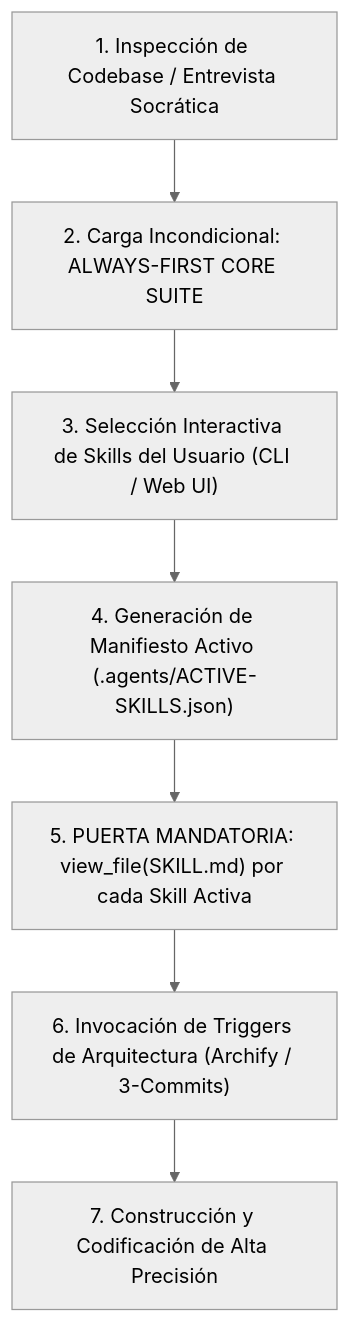
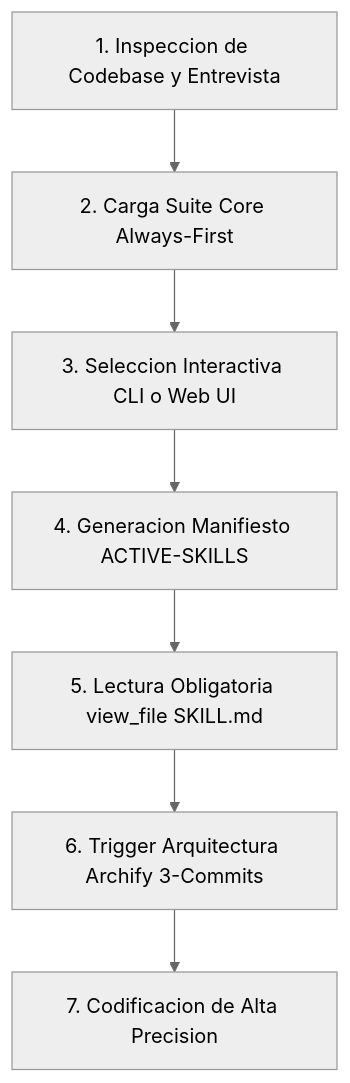
Before and after one commit to camilolealdev/superduperskills: the diagram in README.md, drawn with Mermaid (neutral theme).

Commit message:
fix: Simplify Mermaid diagram syntax for universal parser compatibility

````diff
--- a/README.md
+++ b/README.md
@@ -59,9 +59,9 @@
 ```mermaid
-flowchart TD
-    A["1. Inspección de Codebase / Entrevista Socrática"] --> B["2. Carga Incondicional: ALWAYS-FIRST CORE SUITE"]
-    B --> C["3. Selección Interactiva de Skills del Usuario (CLI / Web UI)"]
-    C --> D["4. Generación de Manifiesto Activo (.agents/ACTIVE-SKILLS.json)"]
-    D --> E["5. PUERTA MANDATORIA: view_file(SKILL.md) por cada Skill Activa"]
-    E --> F["6. Invocación de Triggers de Arquitectura (Archify / 3-Commits)"]
-    F --> G["7. Construcción y Codificación de Alta Precisión"]
+graph TD
+    A[1. Inspeccion de Codebase y Entrevista] --> B[2. Carga Suite Core Always-First]
+    B --> C[3. Seleccion Interactiva CLI o Web UI]
+    C --> D[4. Generacion Manifiesto ACTIVE-SKILLS]
+    D --> E[5. Lectura Obligatoria view_file SKILL.md]
+    E --> F[6. Trigger Arquitectura Archify 3-Commits]
+    F --> G[7. Codificacion de Alta Precision]
 ```
````
